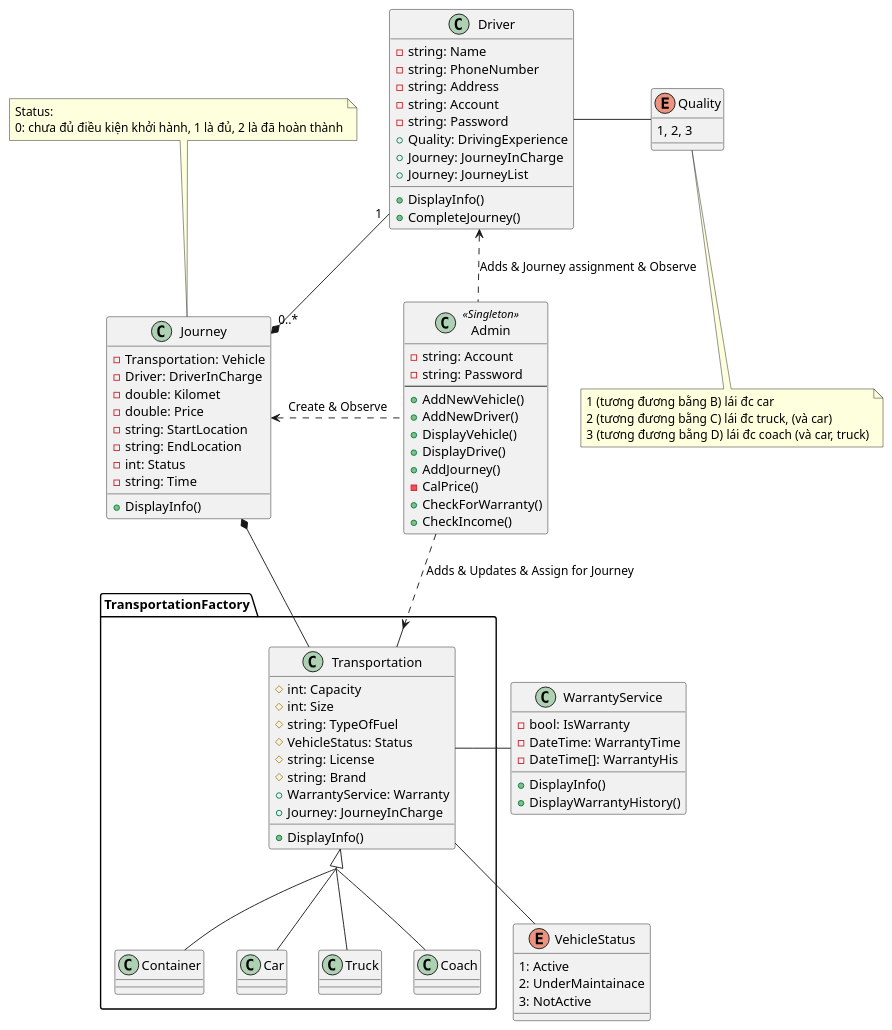
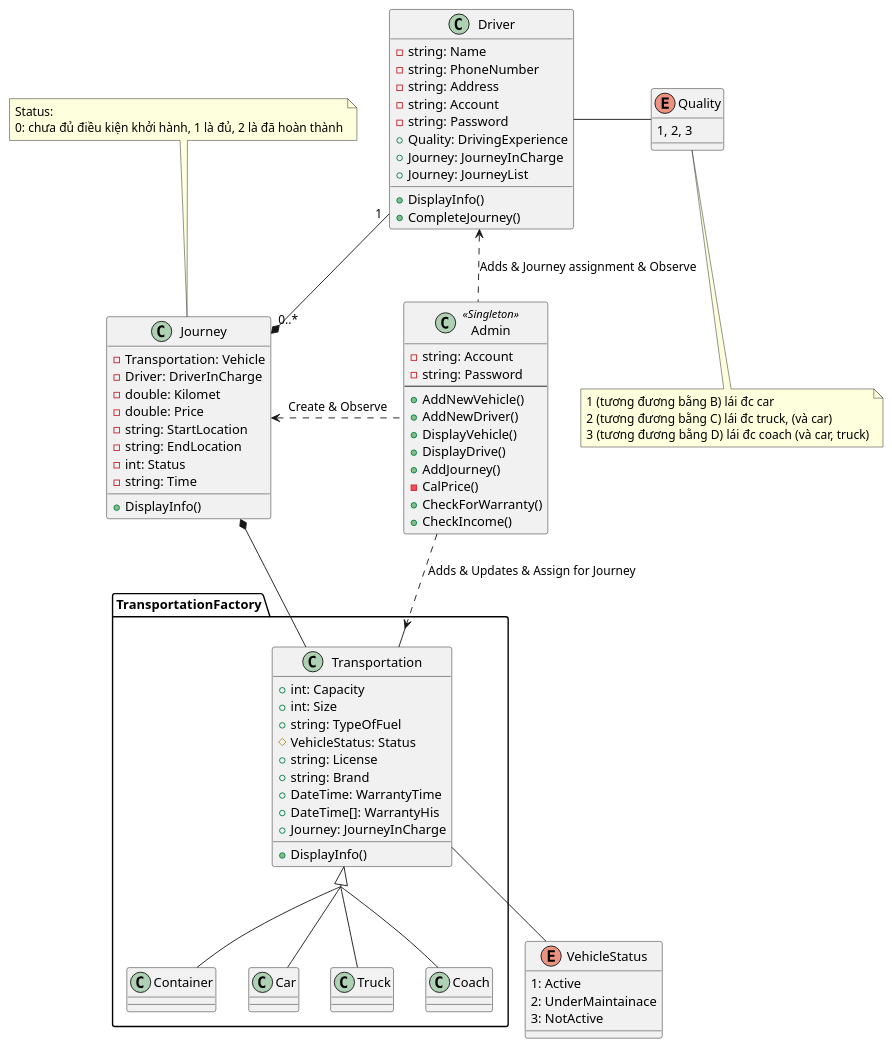
The diagram in Diagram/BTL-LTNC.plantuml (SirGreen/BTL-LTNC), drawn with PlantUML before and after one commit. The commit also changed 5 other files, not shown here.

```diff
--- a/Diagram/BTL-LTNC.plantuml
+++ b/Diagram/BTL-LTNC.plantuml
@@ -1,111 +1,102 @@
 @startuml quan_ly_xe
 skinparam groupInheritance 3
 
 package TransportationFactory <<Folder>>{
 
     class Transportation{
-        # int: Capacity
-        # int: Size
-        # string: TypeOfFuel
+        + int: Capacity
+        + int: Size
+        + string: TypeOfFuel
         # VehicleStatus: Status
-        # string: License
-        # string: Brand
-        + WarrantyService: Warranty
+        + string: License
+        + string: Brand
+        + DateTime: WarrantyTime
+        + DateTime[]: WarrantyHis
         + Journey: JourneyInCharge
         + DisplayInfo()
     }
 
     class Container{  
     }
 
     class Car{
     }
 
     class Truck{
     }
 
     class Coach {
     }
 }
-
-class WarrantyService{
-    - bool: IsWarranty
-    - DateTime: WarrantyTime
-    - DateTime[]: WarrantyHis
-    + DisplayInfo()
-    + DisplayWarrantyHistory()
-}
-
 
 enum VehicleStatus{
     1: Active
     2: UnderMaintainace
     3: NotActive
 }
 class Driver{
     - string: Name
     - string: PhoneNumber
     - string: Address
     - string: Account
     - string: Password
     + Quality: DrivingExperience
     + Journey: JourneyInCharge
     + Journey: JourneyList
     + DisplayInfo()
     + CompleteJourney() 
 }
 
 class Journey{
     - Transportation: Vehicle
     - Driver: DriverInCharge
     - double: Kilomet
     - double: Price
     - string: StartLocation
     - string: EndLocation
     - int: Status
     - string: Time
     + DisplayInfo()
 }
 
 note top of Journey
 Status:
 0: chưa đủ điều kiện khởi hành, 1 là đủ, 2 là đã hoàn thành
 end note
 
 class Admin <<Singleton>>{
     - string: Account
     - string: Password
     --
     + AddNewVehicle()
     + AddNewDriver()
     + DisplayVehicle()
     + DisplayDrive()
     + AddJourney()
     - CalPrice()
     + CheckForWarranty()
     + CheckIncome()
 }
 
 enum Quality{
     1, 2, 3
 }
 
 note bottom of Quality
 1 (tương đương bằng B) lái đc car 
 2 (tương đương bằng C) lái đc truck, (và car)
 3 (tương đương bằng D) lái đc coach (và car, truck)
 end note
 
 Transportation <|-- Truck
 Transportation <|-- Car
 Transportation <|-- Coach
 Transportation <|-- Container
-Transportation -right- WarrantyService
 Driver -right- Quality
 Driver "1"-down-* "0..*"Journey
 VehicleStatus -up- Transportation
 Admin -down[dashed]-> Transportation: Adds & Updates & Assign for Journey
 Admin -left[dashed]-> Driver: Adds & Journey assignment & Observe
 Journey <-right[dashed]- Admin: Create & Observe
 Transportation -left-*Journey
 @enduml
```
